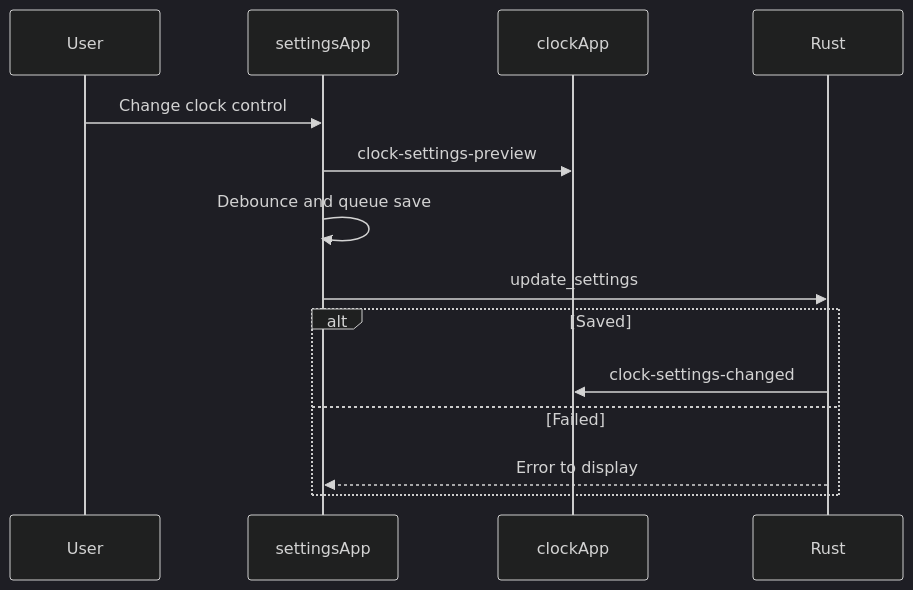
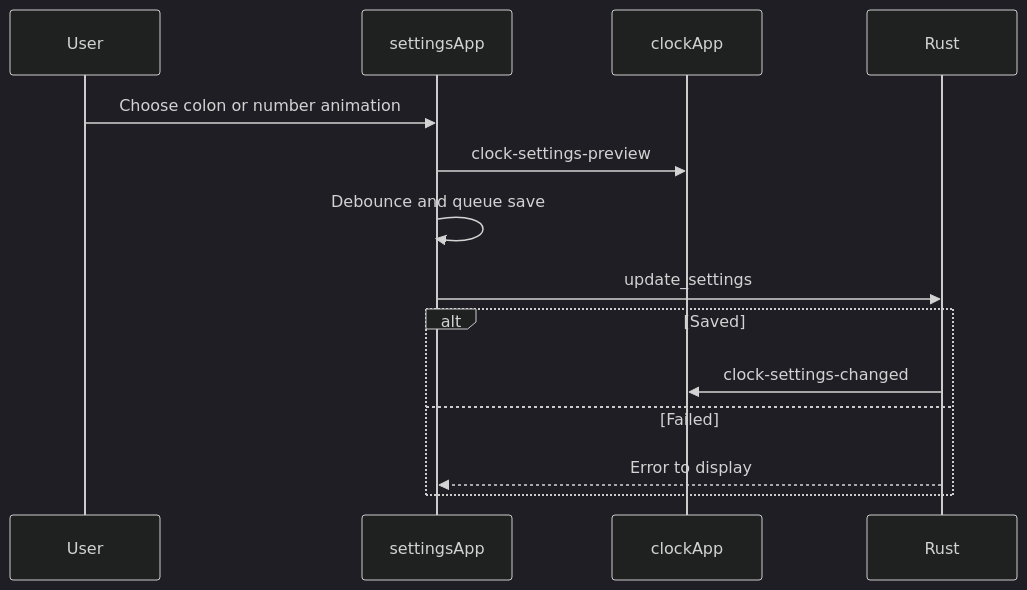
Before and after one commit to tbkmax/TopClock: the second of 2 diagrams in src/doc/workflow_diagram.md, drawn with Mermaid (dark theme). The commit also changed other lines of this file and 17 other files, not shown here.

Commit message:
feat(setting, clock): separate animation, fix clock hour digits, increase max clock size

````diff
--- a/src/doc/workflow_diagram.md
+++ b/src/doc/workflow_diagram.md
@@ -35,16 +35,16 @@
 ```mermaid
 sequenceDiagram
     participant User
     participant Settings as settingsApp
     participant Clock as clockApp
     participant Rust
-    User->>Settings: Change clock control
+    User->>Settings: Choose colon or number animation
     Settings->>Clock: clock-settings-preview
     Settings->>Settings: Debounce and queue save
     Settings->>Rust: update_settings
     alt Saved
         Rust->>Clock: clock-settings-changed
     else Failed
         Rust-->>Settings: Error to display
     end
 ```
````
